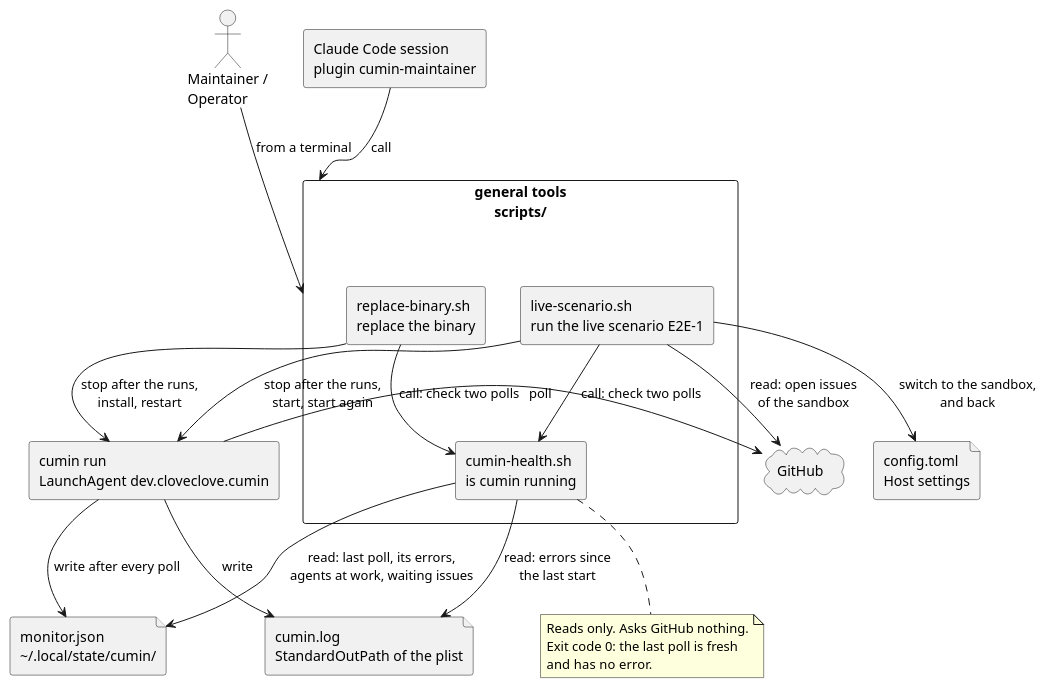
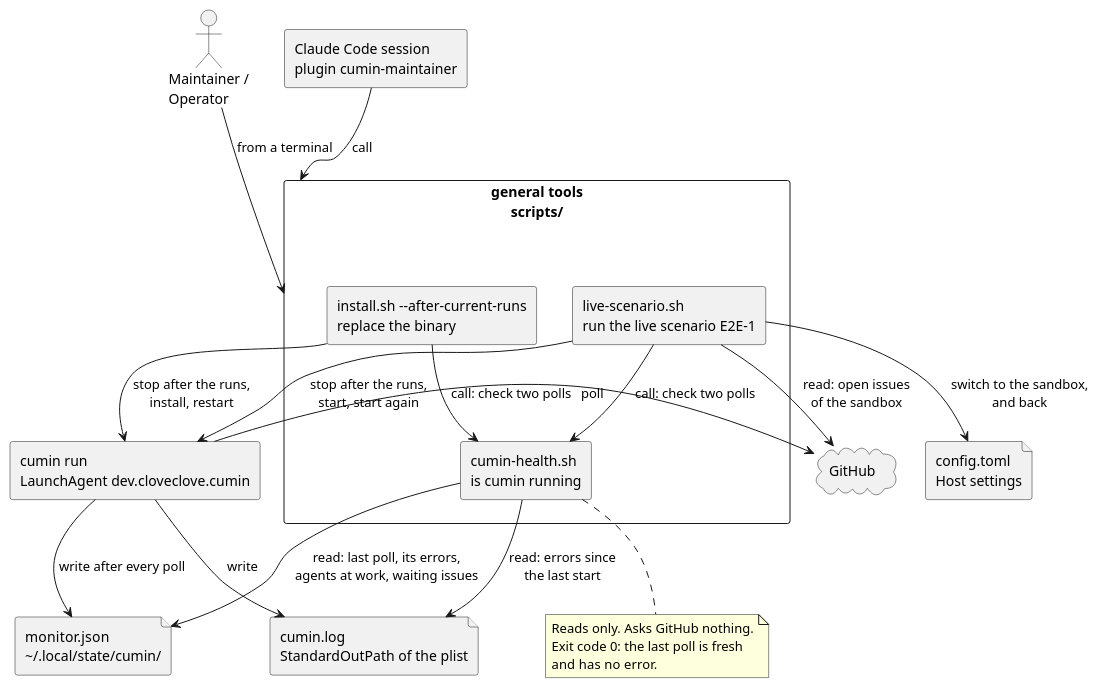
The diagram in docs/ja/guides/host-tools.puml (cloveclovedev/cumin-works), drawn with PlantUML before and after one commit. The commit also changed 9 other files, not shown here.

First line of the commit message:
docs(plugin): name install.sh --after-current-runs in the skill host and the guides (#769)

```diff
--- a/docs/ja/guides/host-tools.puml
+++ b/docs/ja/guides/host-tools.puml
@@ -1,44 +1,44 @@
 @startuml host-tools
 ' cumin works - the general tools of the Host: who calls them, and what each one reads or changes.
 ' Document: host-tools.md, topic on what the general tools are.
 ' Render: run scripts/render-diagrams.sh at the root of the repository.
 skinparam shadowing false
 skinparam defaultFontName sans-serif
 
 actor "Maintainer /\nOperator" as person
 rectangle "Claude Code session\nplugin cumin-maintainer" as session
 
 rectangle "general tools\nscripts/" as tools {
   rectangle "cumin-health.sh\nis cumin running" as health
-  rectangle "replace-binary.sh\nreplace the binary" as replace
+  rectangle "install.sh --after-current-runs\nreplace the binary" as replace
   rectangle "live-scenario.sh\nrun the live scenario E2E-1" as live
 }
 
 rectangle "cumin run\nLaunchAgent dev.cloveclove.cumin" as run
 file "monitor.json\n&#126;/.local/state/cumin/" as monitor
 file "cumin.log\nStandardOutPath of the plist" as log
 file "config.toml\nHost settings" as settings
 cloud "GitHub" as github
 
 person --> tools : from a terminal
 session --> tools : call
 
 run --> monitor : write after every poll
 run --> log : write
 run -right-> github : poll
 
 health --> monitor : read: last poll, its errors,\nagents at work, waiting issues
 health --> log : read: errors since\nthe last start
 replace --> run : stop after the runs,\ninstall, restart
 replace --> health : call: check two polls
 live --> run : stop after the runs,\nstart, start again
 live --> settings : switch to the sandbox,\nand back
 live --> health : call: check two polls
 live --> github : read: open issues\nof the sandbox
 
 note bottom of health
   Reads only. Asks GitHub nothing.
   Exit code 0: the last poll is fresh
   and has no error.
 end note
 @enduml
```
